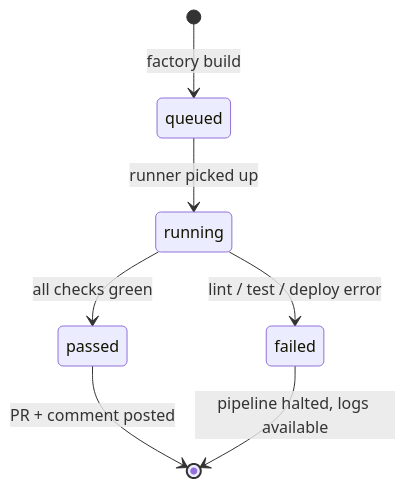
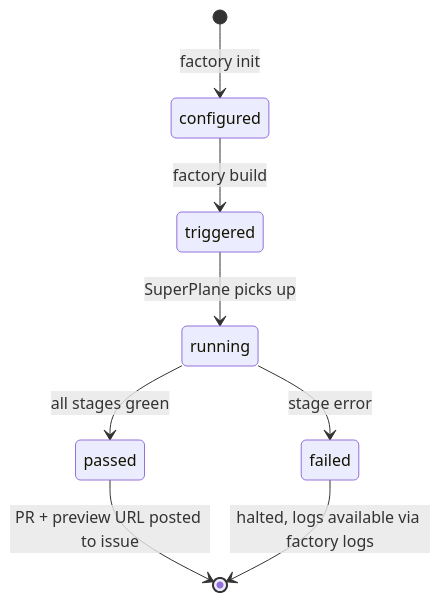
Before and after one commit to hongchengw/superplane-render-nyc-hack: the third of 5 diagrams in README.md, drawn with Mermaid. The commit also changed other lines of this file and 5 other files, not shown here.

````diff
--- a/README.md
+++ b/README.md
@@ -186,9 +228,10 @@
 ```mermaid
 stateDiagram-v2
-    [*] --> queued : factory build
-    queued --> running : runner picked up
-    running --> passed : all checks green
-    running --> failed : lint / test / deploy error
-    passed --> [*] : PR + comment posted
-    failed --> [*] : pipeline halted, logs available
+    [*] --> configured : factory init
+    configured --> triggered : factory build
+    triggered --> running : SuperPlane picks up
+    running --> passed : all stages green
+    running --> failed : stage error
+    passed --> [*] : PR + preview URL posted to issue
+    failed --> [*] : halted, logs available via factory logs
 ```
````
